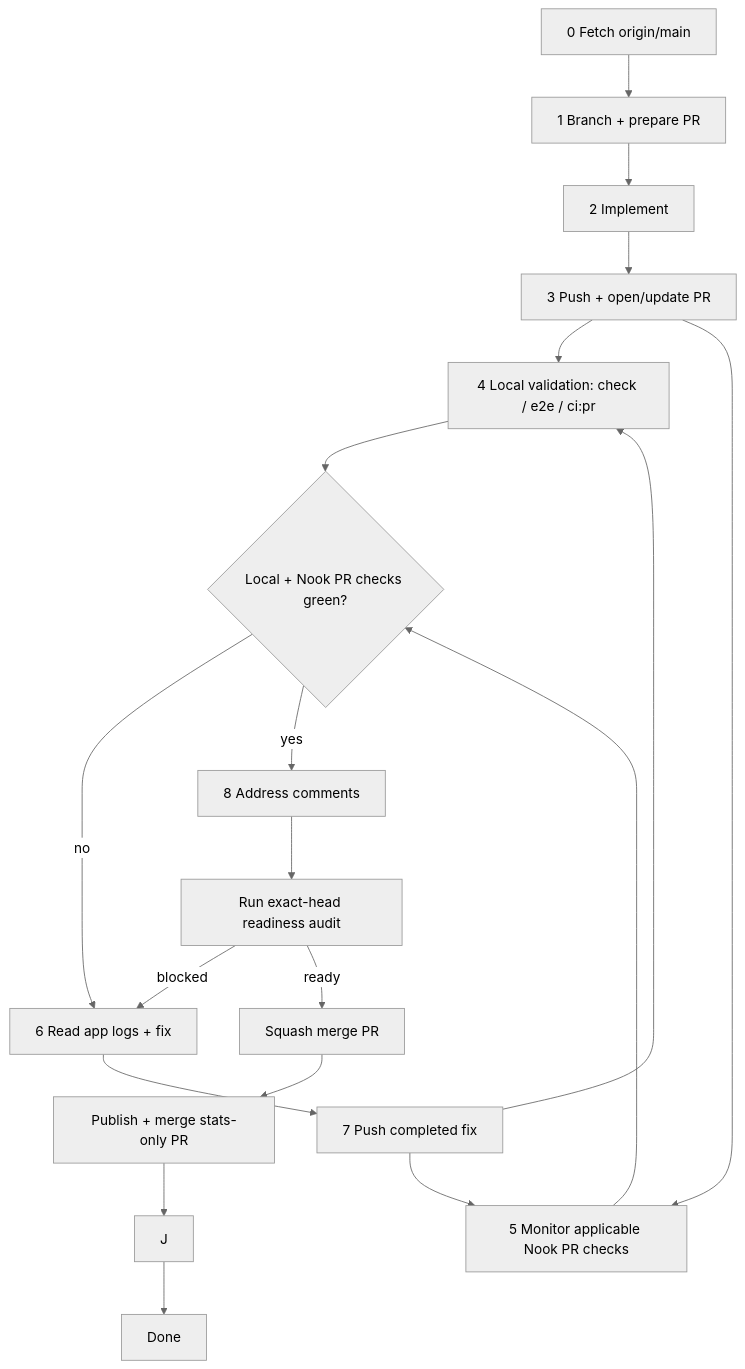
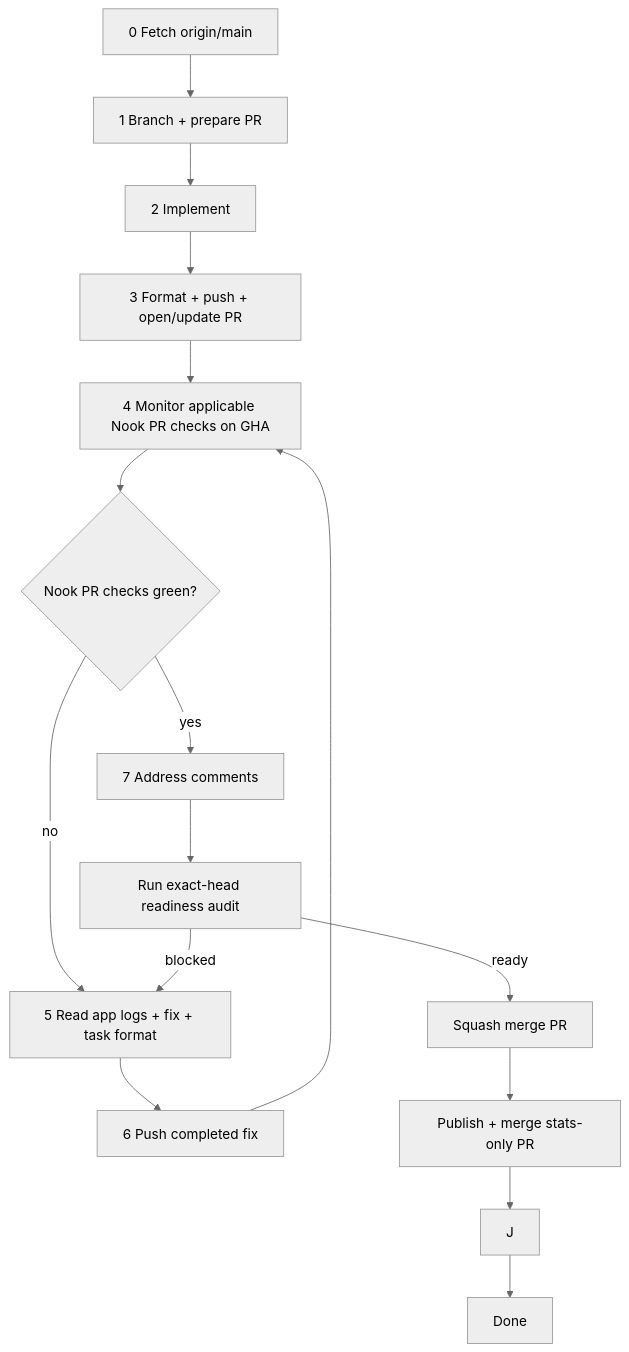
One commit to meta-secret/nook changed the diagram in .cortex/workflows/pull-requests.md. Above: the diagram before and after it, drawn with Mermaid (neutral theme). The commit also changed other lines of this file and 31 other files, not shown here.

First line of the commit message:
docs: require only task format locally; product gates on GHA

````diff
--- a/.cortex/workflows/pull-requests.md
+++ b/.cortex/workflows/pull-requests.md
@@ -51,21 +54,18 @@
 ```mermaid
 flowchart TD
   Z[0 Fetch origin/main] --> A[1 Branch + prepare PR]
   A --> I[2 Implement]
-  I --> E[3 Push + open/update PR]
-  E --> B[4 Local validation: check / e2e / ci:pr]
-  E --> F[5 Monitor applicable Nook PR checks]
-  B --> G{Local + Nook PR checks green?}
-  F --> G
-  G -->|no| H[6 Read app logs + fix]
-  H --> PUSH[7 Push completed fix]
-  PUSH --> B
+  I --> E[3 Format + push + open/update PR]
+  E --> F[4 Monitor applicable Nook PR checks on GHA]
+  F --> G{Nook PR checks green?}
+  G -->|no| H[5 Read app logs + fix + task format]
+  H --> PUSH[6 Push completed fix]
   PUSH --> F
-  G -->|yes| C[8 Address comments]
+  G -->|yes| C[7 Address comments]
   C --> R[Run exact-head readiness audit]
   R -->|blocked| H
   R -->|ready| M[Squash merge PR]
   M --> S[Publish + merge stats-only PR]
   S --> J
   J --> K[Done]
 ```
````
